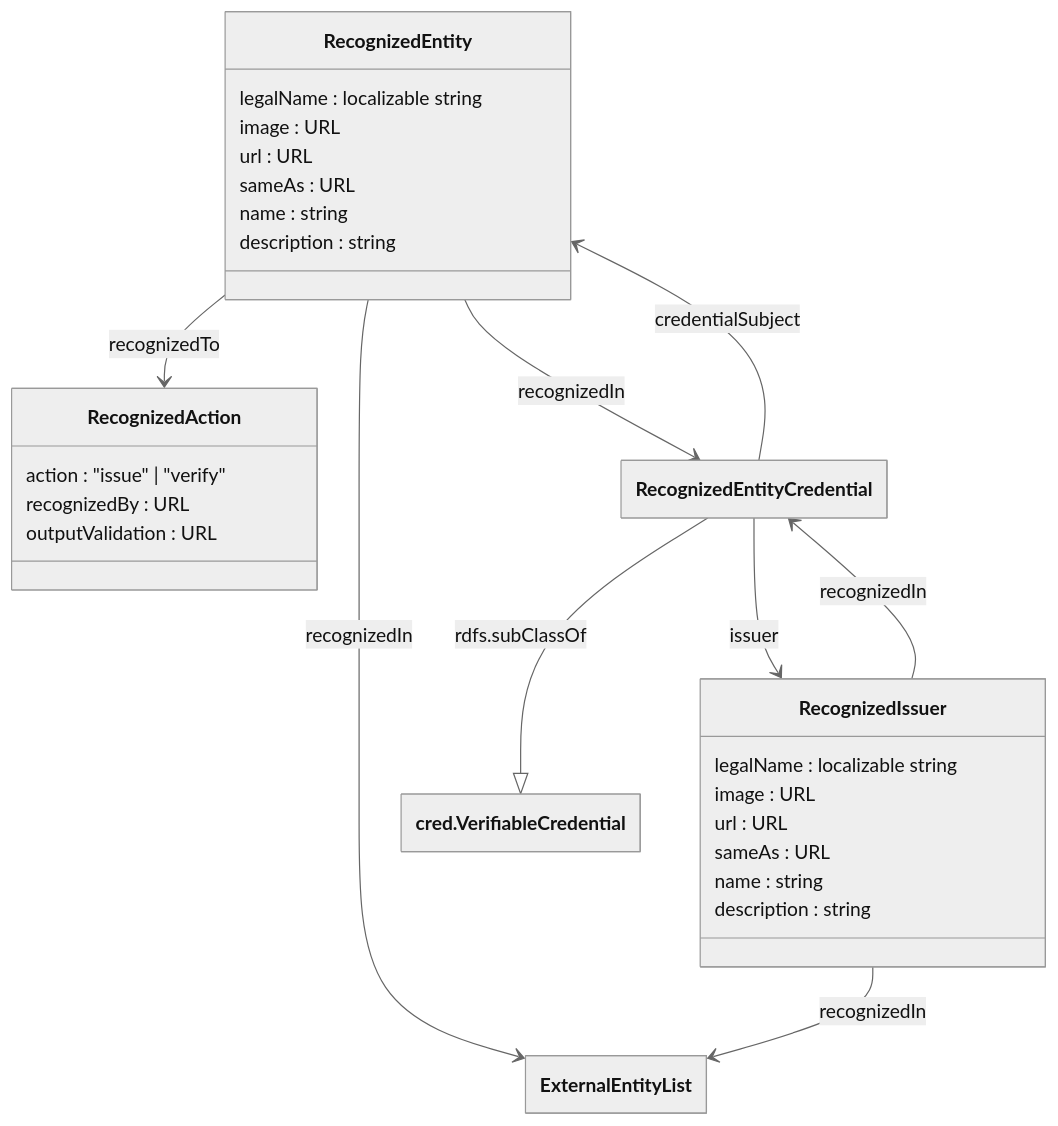
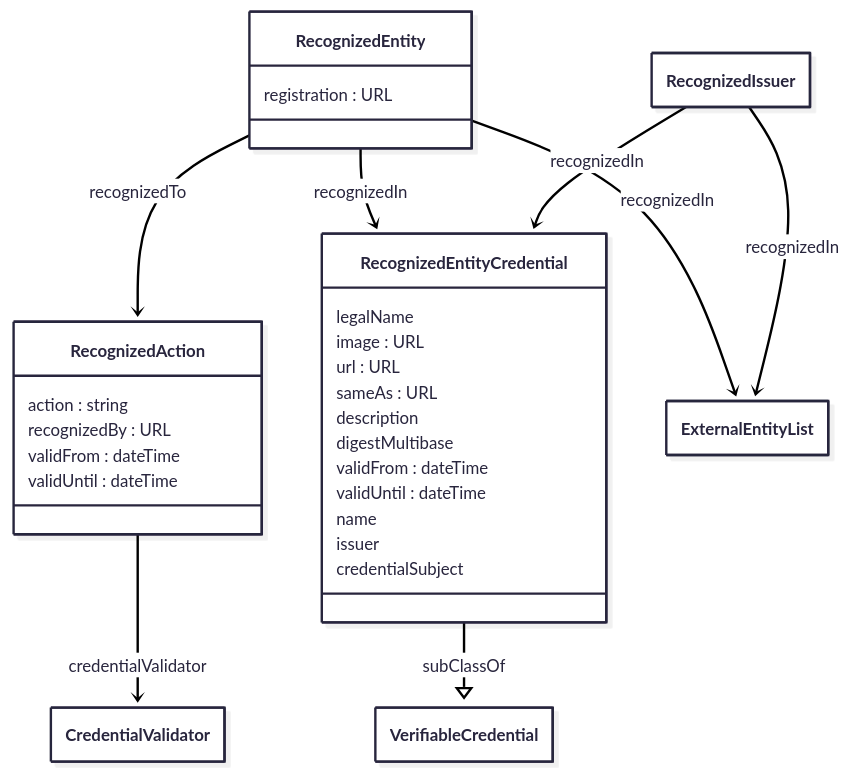
The diagram in re/vocabulary.mmd (iherman/previews-yml2vocab), drawn with Mermaid before and after one commit. The commit also changed 7 other files, not shown here.

```diff
--- a/re/vocabulary.mmd
+++ b/re/vocabulary.mmd
@@ -1,44 +1,52 @@
+
 %%{
-    init: {
-        "theme" : "neutral",
+     init: {
+        "theme" : "redux",
+        "layout" : "dagree",
+        "look" : "neo",
         "class": {
             "hideEmptyMembersBox": true
         }
     }
 }%%
 classDiagram
+    direction TB
+    accTitle: Recognized Entities Vocabulary
+    accDescr {
+        RDFS vocabulary used by the Recognized Entities specification, represented as a Mermaid diagram.
+    }
     class RecognizedEntity {
-        legalName : localizable string
+        registration : URL
+    }
+    class RecognizedAction {
+        action : string
+        recognizedBy : URL
+        validFrom : dateTime
+        validUntil : dateTime
+    }
+    class RecognizedEntityCredential {
+        legalName
         image : URL
         url : URL
         sameAs : URL
-        name : string
-        description : string
+        description
+        digestMultibase
+        validFrom : dateTime
+        validUntil : dateTime
+        name
+        issuer
+        credentialSubject
     }
+    class RecognizedIssuer {}
+    class CredentialValidator {}
+    class ExternalEntityList {}
 
-    class RecognizedAction {
-        action : "issue" | "verify"
-        recognizedBy : URL
-        outputValidation : URL
-    }
 
-    class RecognizedIssuer {
-        legalName : localizable string
-        image : URL
-        url : URL
-        sameAs : URL
-        name : string
-        description : string
-    }
-
-    RecognizedEntityCredential --|> cred.VerifiableCredential : rdfs.subClassOf
+    RecognizedEntityCredential --|> VerifiableCredential : subClassOf
 
     RecognizedEntity --> RecognizedAction : recognizedTo
-
-    RecognizedEntityCredential --> RecognizedIssuer : issuer
-    RecognizedEntityCredential --> RecognizedEntity : credentialSubject
-
     RecognizedEntity --> ExternalEntityList : recognizedIn
     RecognizedEntity --> RecognizedEntityCredential : recognizedIn
+    RecognizedAction --> CredentialValidator : credentialValidator
     RecognizedIssuer --> ExternalEntityList : recognizedIn
     RecognizedIssuer --> RecognizedEntityCredential : recognizedIn
```
